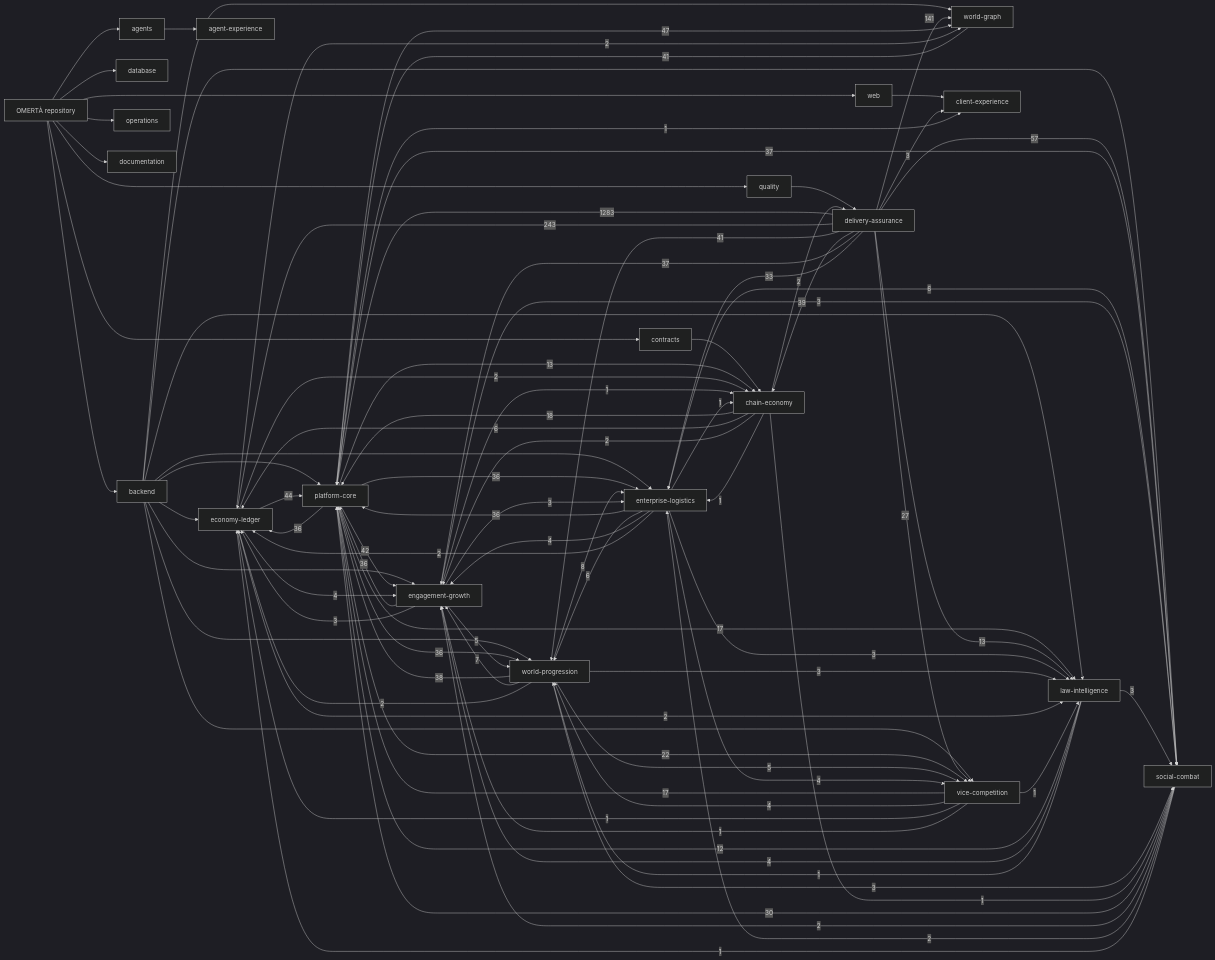
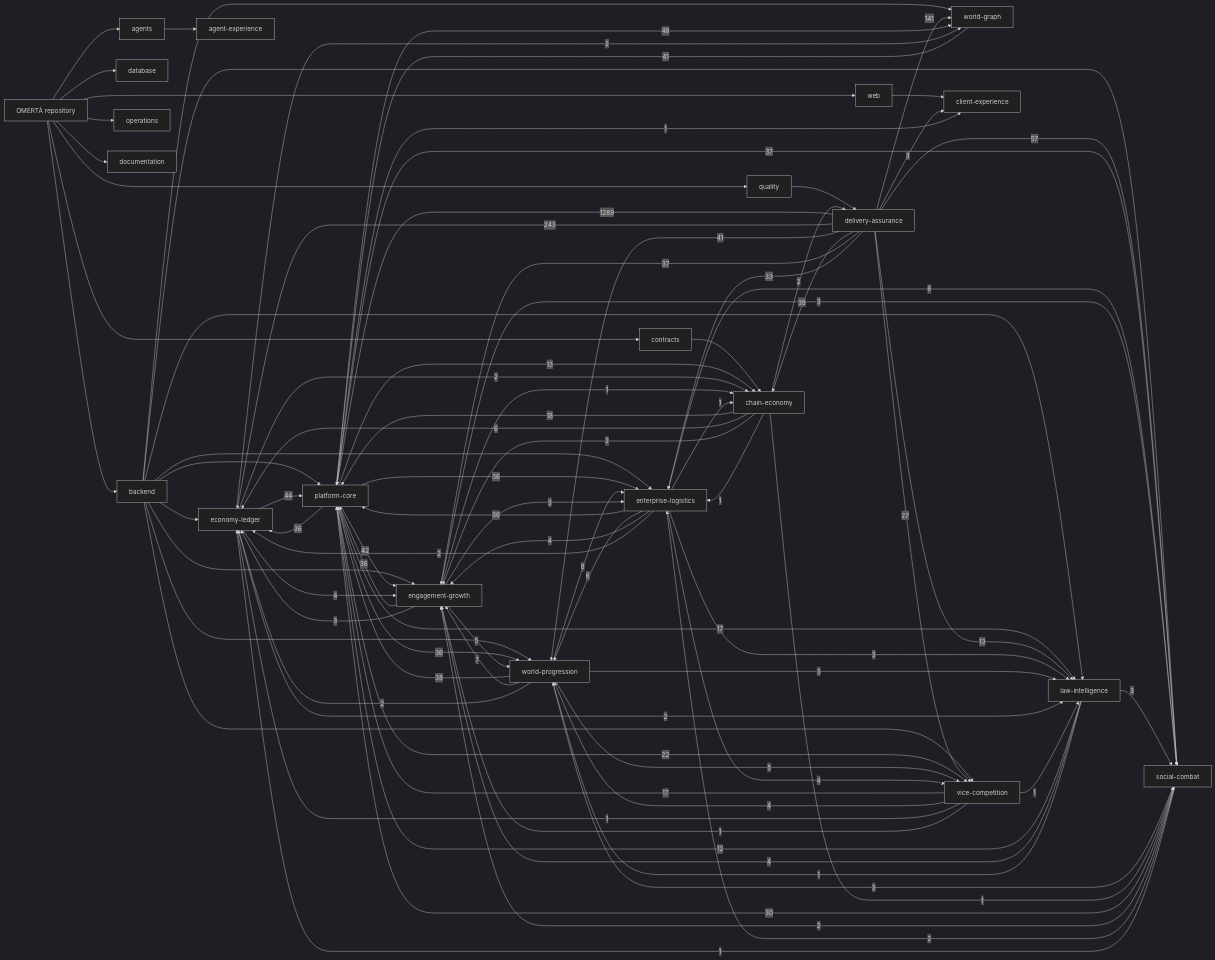
Before and after one commit to OmertaDev/Omerta: the diagram in knowledge/generated/graph.mmd, drawn with Mermaid (dark theme). The commit also changed 8 other files, not shown here.

```diff
--- a/knowledge/generated/graph.mmd
+++ b/knowledge/generated/graph.mmd
@@ -1,111 +1,111 @@
 flowchart LR
   repo["OMERTÀ repository"]
   sub_backend["backend"]
   repo --> sub_backend
   sub_database["database"]
   repo --> sub_database
   sub_web["web"]
   repo --> sub_web
   sub_contracts["contracts"]
   repo --> sub_contracts
   sub_agents["agents"]
   repo --> sub_agents
   sub_quality["quality"]
   repo --> sub_quality
   sub_operations["operations"]
   repo --> sub_operations
   sub_documentation["documentation"]
   repo --> sub_documentation
   dom_platform-core["platform-core"]
   dom_economy-ledger["economy-ledger"]
   dom_social-combat["social-combat"]
   dom_world-progression["world-progression"]
   dom_world-graph["world-graph"]
   dom_enterprise-logistics["enterprise-logistics"]
   dom_vice-competition["vice-competition"]
   dom_law-intelligence["law-intelligence"]
   dom_chain-economy["chain-economy"]
   dom_engagement-growth["engagement-growth"]
   dom_client-experience["client-experience"]
   dom_agent-experience["agent-experience"]
   dom_delivery-assurance["delivery-assurance"]
   sub_agents --> dom_agent-experience
   sub_backend --> dom_economy-ledger
   sub_backend --> dom_engagement-growth
   sub_backend --> dom_enterprise-logistics
   sub_backend --> dom_law-intelligence
   sub_backend --> dom_platform-core
   sub_backend --> dom_social-combat
   sub_backend --> dom_vice-competition
   sub_backend --> dom_world-graph
   sub_backend --> dom_world-progression
   sub_contracts --> dom_chain-economy
   sub_quality --> dom_delivery-assurance
   sub_web --> dom_client-experience
-  dom_delivery-assurance -->|1283| dom_platform-core
+  dom_delivery-assurance -->|1289| dom_platform-core
   dom_delivery-assurance -->|243| dom_economy-ledger
   dom_delivery-assurance -->|141| dom_world-graph
   dom_delivery-assurance -->|57| dom_social-combat
-  dom_platform-core -->|47| dom_world-graph
+  dom_platform-core -->|48| dom_world-graph
   dom_economy-ledger -->|44| dom_platform-core
   dom_platform-core -->|42| dom_engagement-growth
   dom_delivery-assurance -->|41| dom_world-progression
   dom_world-graph -->|41| dom_platform-core
   dom_delivery-assurance -->|39| dom_chain-economy
   dom_world-progression -->|38| dom_platform-core
   dom_delivery-assurance -->|37| dom_engagement-growth
   dom_platform-core -->|37| dom_social-combat
   dom_engagement-growth -->|36| dom_platform-core
   dom_enterprise-logistics -->|36| dom_platform-core
   dom_platform-core -->|36| dom_economy-ledger
   dom_platform-core -->|36| dom_enterprise-logistics
   dom_platform-core -->|36| dom_world-progression
   dom_delivery-assurance -->|33| dom_enterprise-logistics
   dom_social-combat -->|30| dom_platform-core
   dom_delivery-assurance -->|27| dom_vice-competition
   dom_platform-core -->|22| dom_vice-competition
   dom_chain-economy -->|18| dom_platform-core
   dom_platform-core -->|17| dom_law-intelligence
   dom_vice-competition -->|17| dom_platform-core
   dom_delivery-assurance -->|13| dom_law-intelligence
   dom_platform-core -->|13| dom_chain-economy
   dom_law-intelligence -->|12| dom_platform-core
   dom_world-progression -->|8| dom_enterprise-logistics
   dom_world-progression -->|7| dom_engagement-growth
   dom_chain-economy -->|6| dom_economy-ledger
   dom_enterprise-logistics -->|6| dom_social-combat
   dom_enterprise-logistics -->|6| dom_world-progression
   dom_engagement-growth -->|5| dom_world-progression
   dom_world-progression -->|5| dom_vice-competition
   dom_economy-ledger -->|4| dom_engagement-growth
   dom_enterprise-logistics -->|4| dom_engagement-growth
   dom_enterprise-logistics -->|4| dom_vice-competition
   dom_law-intelligence -->|4| dom_engagement-growth
   dom_vice-competition -->|4| dom_world-progression
   dom_delivery-assurance -->|3| dom_client-experience
   dom_engagement-growth -->|3| dom_economy-ledger
   dom_engagement-growth -->|3| dom_enterprise-logistics
   dom_engagement-growth -->|3| dom_social-combat
   dom_enterprise-logistics -->|3| dom_law-intelligence
   dom_law-intelligence -->|3| dom_social-combat
   dom_world-progression -->|3| dom_law-intelligence
   dom_world-progression -->|3| dom_social-combat
   dom_chain-economy -->|2| dom_delivery-assurance
   dom_chain-economy -->|2| dom_engagement-growth
   dom_economy-ledger -->|2| dom_chain-economy
   dom_economy-ledger -->|2| dom_law-intelligence
   dom_economy-ledger -->|2| dom_world-graph
   dom_enterprise-logistics -->|2| dom_economy-ledger
   dom_social-combat -->|2| dom_engagement-growth
   dom_social-combat -->|2| dom_enterprise-logistics
   dom_world-progression -->|2| dom_economy-ledger
   dom_chain-economy -->|1| dom_enterprise-logistics
   dom_chain-economy -->|1| dom_social-combat
   dom_engagement-growth -->|1| dom_chain-economy
   dom_enterprise-logistics -->|1| dom_chain-economy
   dom_law-intelligence -->|1| dom_world-progression
   dom_platform-core -->|1| dom_client-experience
   dom_social-combat -->|1| dom_economy-ledger
   dom_vice-competition -->|1| dom_economy-ledger
   dom_vice-competition -->|1| dom_engagement-growth
   dom_vice-competition -->|1| dom_law-intelligence
```
